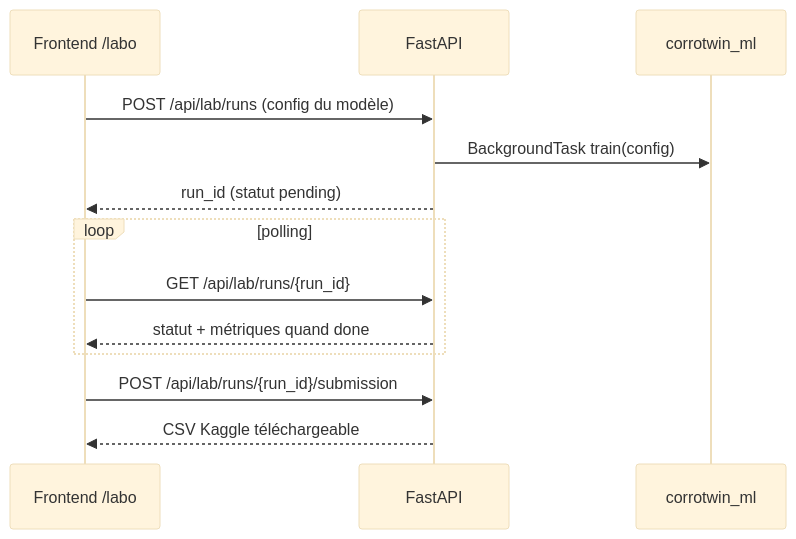
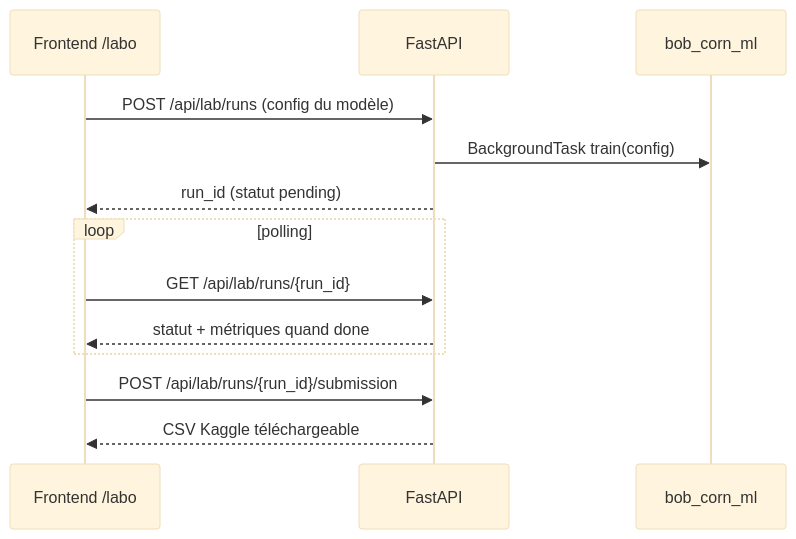
One commit to Rqbln/airbus-hackathon changed the second of 2 diagrams in Architecture.md. Above: the diagram before and after it, drawn with Mermaid (base theme). The commit also changed other lines of this file and 35 other files, not shown here.

First line of the commit message:
chore: renomme CorroTwin en Bob-corn sur toute la stack

````diff
--- a/Architecture.md
+++ b/Architecture.md
@@ -41,15 +41,15 @@
 ```mermaid
 sequenceDiagram
     participant UI as Frontend /labo
     participant API as FastAPI
-    participant ML as corrotwin_ml
+    participant ML as bob_corn_ml
     UI->>API: POST /api/lab/runs (config du modèle)
     API->>ML: BackgroundTask train(config)
     API-->>UI: run_id (statut pending)
     loop polling
         UI->>API: GET /api/lab/runs/{run_id}
         API-->>UI: statut + métriques quand done
     end
     UI->>API: POST /api/lab/runs/{run_id}/submission
     API-->>UI: CSV Kaggle téléchargeable
 ```
````
